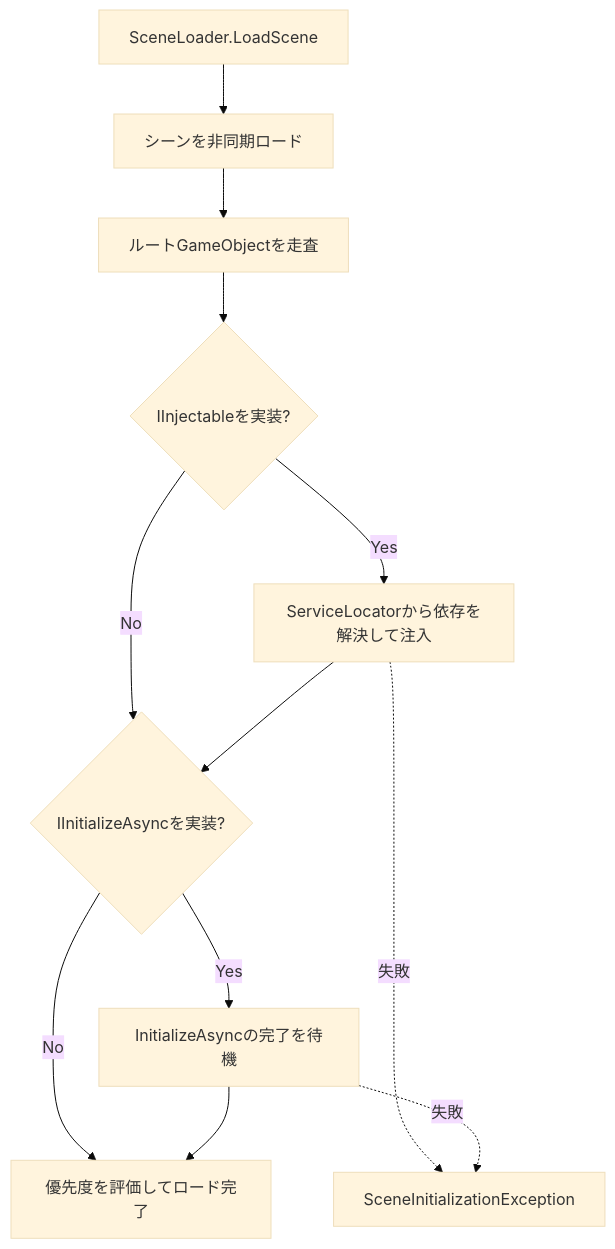
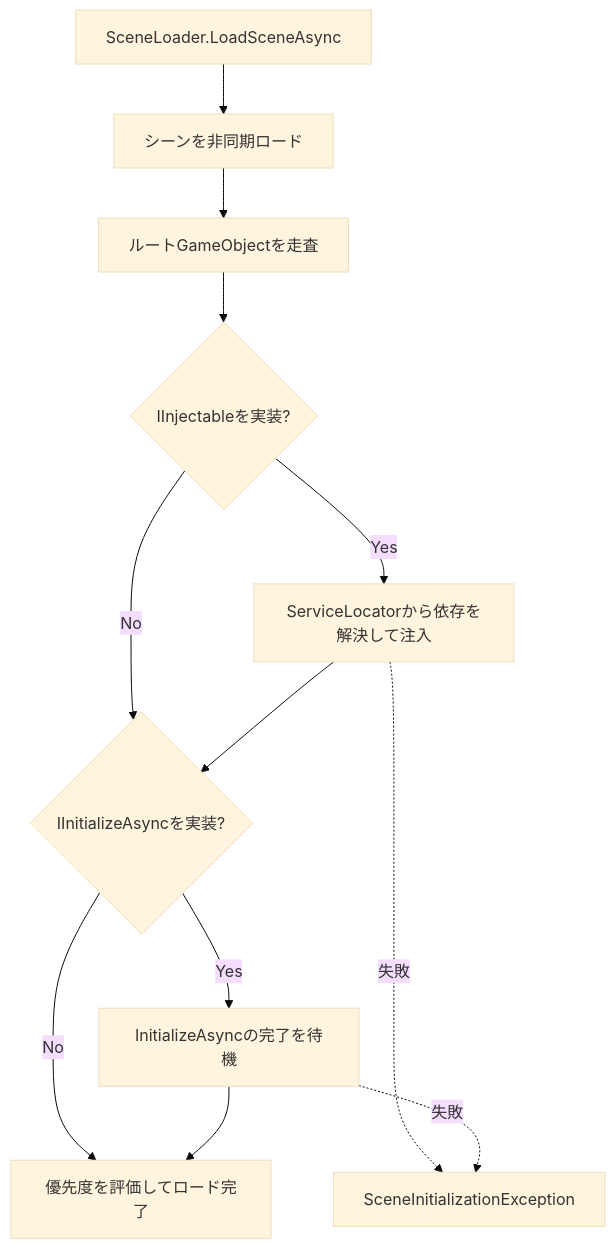
One commit to HIBIKI5201/SymphonyWorkspace changed the fourth of 9 diagrams in Documentation/ModuleInternals.md. Above: the diagram before and after it, drawn with Mermaid (base theme). The commit also changed 3 other files, not shown here.

````diff
--- a/Documentation/ModuleInternals.md
+++ b/Documentation/ModuleInternals.md
@@ -158,14 +158,14 @@
 ```mermaid
 flowchart TD
-    Request["SceneLoader.LoadScene"] --> Load["シーンを非同期ロード"]
+    Request["SceneLoader.LoadSceneAsync"] --> Load["シーンを非同期ロード"]
     Load --> Roots["ルートGameObjectを走査"]
     Roots --> Inject{"IInjectableを実装?"}
     Inject -- Yes --> Resolve["ServiceLocatorから依存を解決して注入"]
     Inject -- No --> Initialize
     Resolve --> Initialize{"IInitializeAsyncを実装?"}
     Initialize -- Yes --> Await["InitializeAsyncの完了を待機"]
     Initialize -- No --> Complete["優先度を評価してロード完了"]
     Await --> Complete
     Resolve -. "失敗" .-> Exception["SceneInitializationException"]
     Await -. "失敗" .-> Exception
 ```
````
